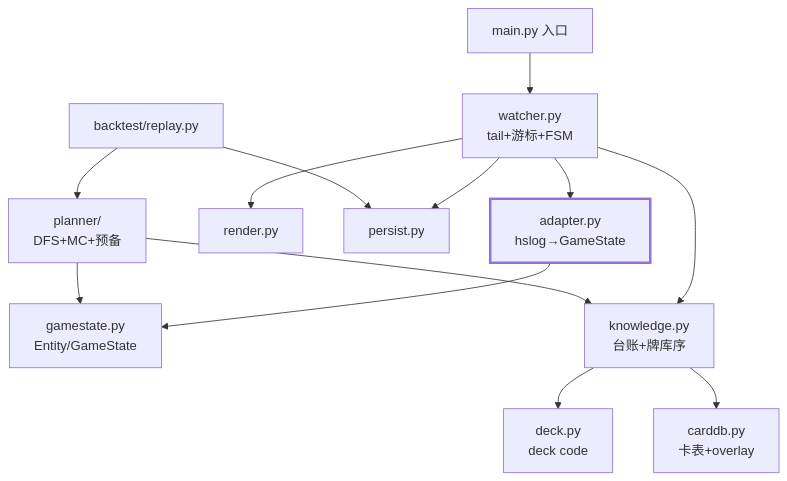
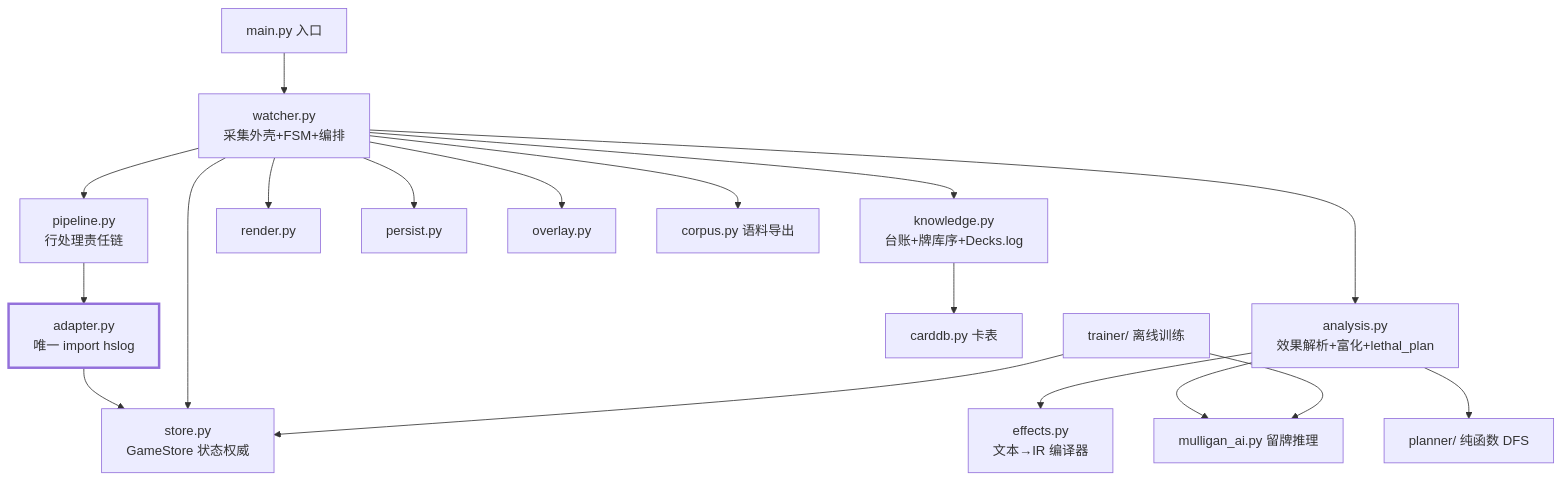
The second of 2 diagrams in docs/PROJECT.md (AssassinQuin/hs_game_bot), drawn with Mermaid before and after one commit. The commit also changed other lines of this file and 48 other files, not shown here.

````diff
--- a/docs/PROJECT.md
+++ b/docs/PROJECT.md
@@ -84,29 +75,35 @@
 ```mermaid
 flowchart TD
     MAIN["main.py 入口"]
-    BT["backtest/replay.py"]
-    W["watcher.py<br/>tail+游标+FSM"]
-    AD["adapter.py<br/>hslog→GameState"]
-    GS["gamestate.py<br/>Entity/GameState"]
-    K["knowledge.py<br/>台账+牌库序"]
-    DK["deck.py<br/>deck code"]
-    C["carddb.py<br/>卡表+overlay"]
+    W["watcher.py<br/>采集外壳+FSM+编排"]
+    PL["pipeline.py<br/>行处理责任链"]
+    AD["adapter.py<br/>唯一 import hslog"]
+    ST["store.py<br/>GameStore 状态权威"]
+    AN["analysis.py<br/>效果解析+富化+lethal_plan"]
+    EF["effects.py<br/>文本→IR 编译器"]
+    K["knowledge.py<br/>台账+牌库序+Decks.log"]
+    DB["carddb.py 卡表"]
     R["render.py"]
     PS["persist.py"]
-    PL["planner/<br/>DFS+MC+预备"]
+    OV["overlay.py"]
+    CO["corpus.py 语料导出"]
+    MA["mulligan_ai.py 留牌推理"]
+    P["planner/ 纯函数 DFS"]
+    T["trainer/ 离线训练"]
 
     MAIN --> W
-    W --> AD
-    AD --> GS
-    W --> K
+    W --> PL --> AD --> ST
+    W --> ST
+    W --> AN --> EF
+    W --> K --> DB
     W --> R
     W --> PS
-    K --> DK
-    K --> C
-    BT --> PL
-    BT --> PS
-    PL --> GS
-    PL --> K
+    W --> OV
+    W --> CO
+    AN --> MA
+    AN --> P
+    T --> MA
+    T --> ST
 
     style AD stroke-width:3px
 ```
````
